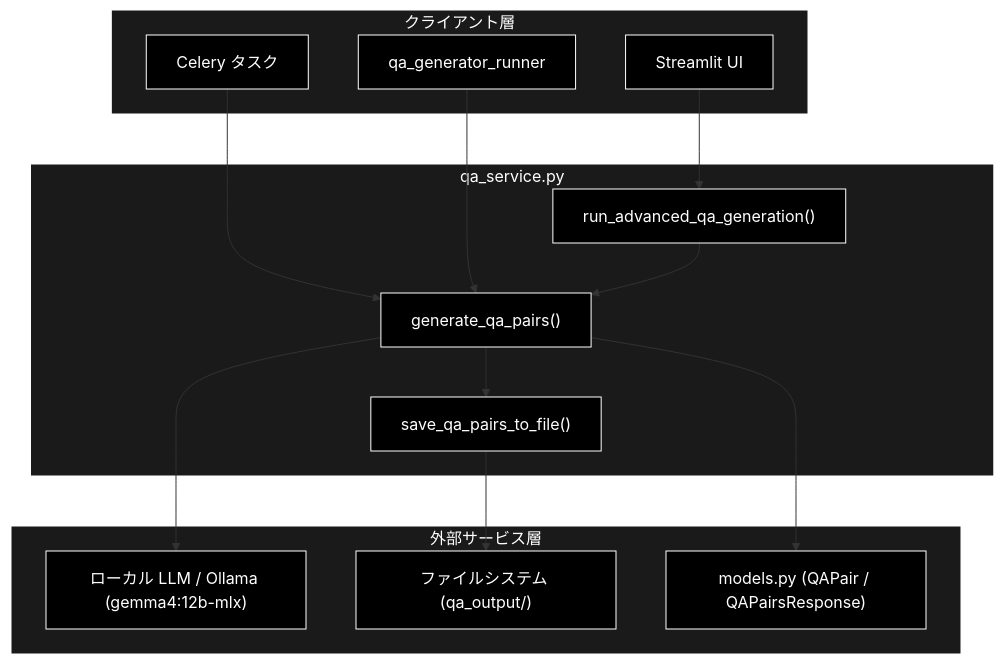
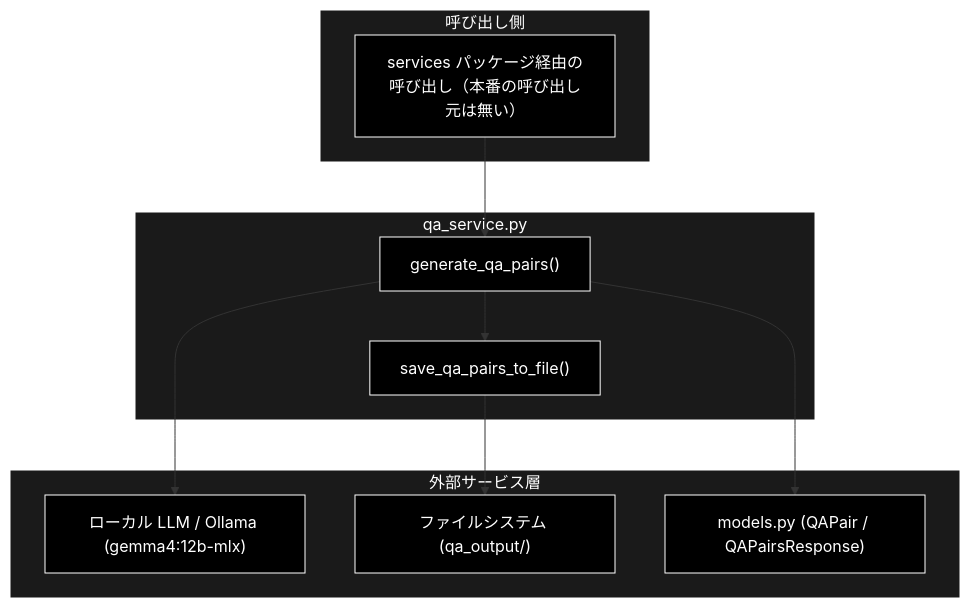
Before and after one commit to nakashima2toshio/grace_v2_local: the first of 3 diagrams in services/docs/qa_service.md, drawn with Mermaid. The commit also changed other lines of this file and 5 other files, not shown here.

First line of the commit message:
refactor(qa_service): 死にコードの run_advanced_qa_generation を削除する

````diff
--- a/services/docs/qa_service.md
+++ b/services/docs/qa_service.md
@@ -59,35 +64,29 @@
 ```mermaid
 flowchart TB
-    subgraph CLIENT["クライアント層"]
-        UI["Streamlit UI"]
-        RUNNER["qa_generator_runner"]
-        CELERY["Celery タスク"]
+    subgraph CLIENT["呼び出し側"]
+        CALLER["services パッケージ経由の呼び出し（本番の呼び出し元は無い）"]
     end
 
     subgraph MODULE["qa_service.py"]
-        RUN["run_advanced_qa_generation()"]
         GEN["generate_qa_pairs()"]
         SAVE["save_qa_pairs_to_file()"]
     end
 
     subgraph EXTERNAL["外部サービス層"]
         OLLAMA["ローカル LLM / Ollama (gemma4:12b-mlx)"]
         FS["ファイルシステム (qa_output/)"]
         MODELS["models.py (QAPair / QAPairsResponse)"]
     end
 
-    UI --> RUN
-    CELERY --> GEN
-    RUNNER --> GEN
-    RUN --> GEN
+    CALLER --> GEN
     GEN --> OLLAMA
     GEN --> MODELS
     SAVE --> FS
     GEN --> SAVE
 classDef default fill:#000,stroke:#fff,color:#fff
 classDef subgraphStyle fill:#1a1a1a,stroke:#fff,color:#fff
-class UI,RUNNER,CELERY,RUN,GEN,SAVE,OLLAMA,FS,MODELS default
+class CALLER,GEN,SAVE,OLLAMA,FS,MODELS default
 style CLIENT fill:#1a1a1a,stroke:#fff,color:#fff
 style MODULE fill:#1a1a1a,stroke:#fff,color:#fff
 style EXTERNAL fill:#1a1a1a,stroke:#fff,color:#fff
 ```
````
